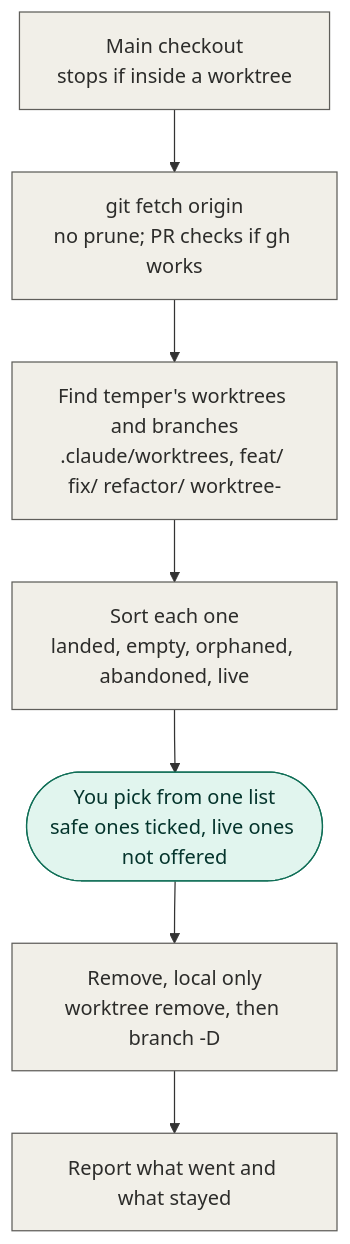
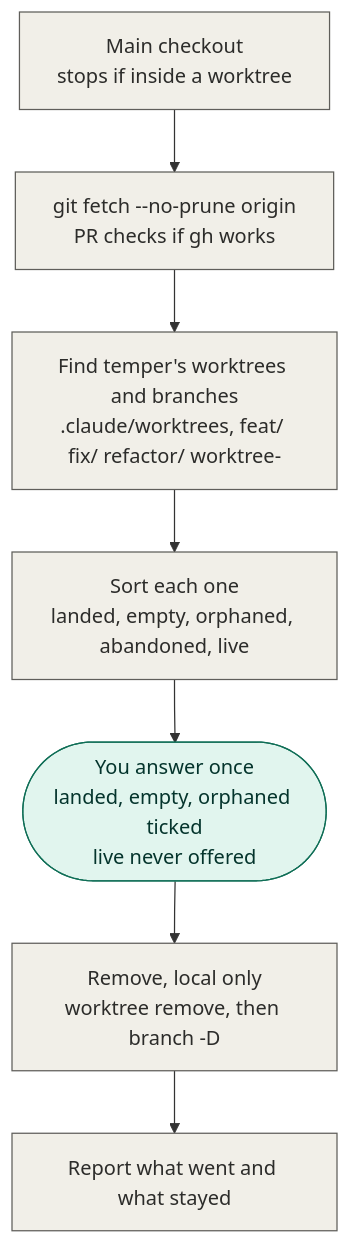
The sixth of 6 diagrams in README.md (junayed711/temper), drawn with Mermaid before and after one commit. The commit also changed other lines of this file, not shown here.

Commit message:
explain cleanup's states, question and no-prune fetch in the readme

````diff
--- a/README.md
+++ b/README.md
@@ -507,15 +516,15 @@
 ```mermaid
 flowchart TD
     here["Main checkout<br/>stops if inside a worktree"]:::temper
-    fetch["git fetch origin<br/>no prune; PR checks if gh works"]:::temper
+    fetch["git fetch --no-prune origin<br/>PR checks if gh works"]:::temper
     find["Find temper's worktrees and branches<br/>.claude/worktrees, feat/ fix/ refactor/ worktree-"]:::temper
     sort["Sort each one<br/>landed, empty, orphaned, abandoned, live"]:::temper
-    ask(["You pick from one list<br/>safe ones ticked, live ones not offered"]):::you
+    ask(["You answer once<br/>landed, empty, orphaned ticked<br/>live never offered"]):::you
     remove["Remove, local only<br/>worktree remove, then branch -D"]:::temper
     report["Report what went and what stayed"]:::temper
 
     here --> fetch --> find --> sort --> ask --> remove --> report
 
     classDef you fill:#E1F5EE,stroke:#0F6E56,color:#04342C
     classDef temper fill:#F1EFE8,stroke:#5F5E5A,color:#2C2C2A
 ```
````
